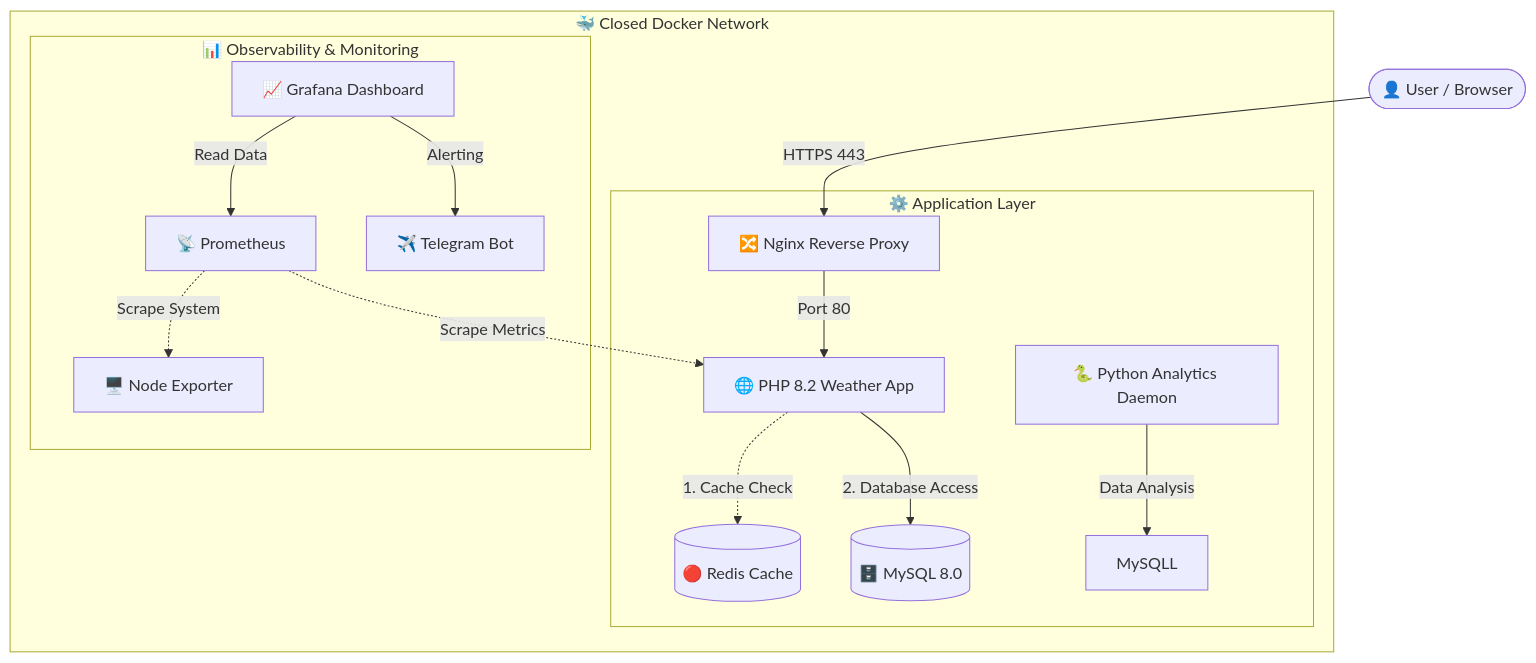
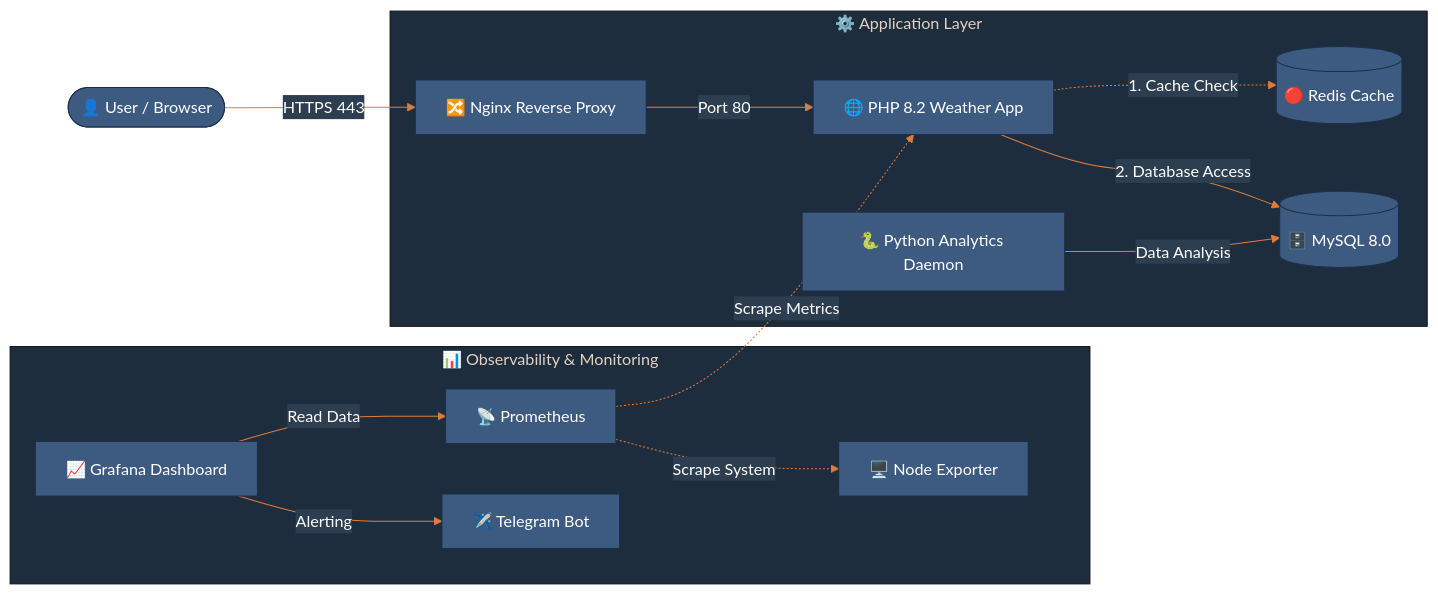
One commit to Ambrus1996/Vremenska-Prognoza changed the diagram in README.md. Above: the diagram before and after it, drawn with Mermaid.

Commit message:
Fixing mermaid on README.md

````diff
--- a/README.md
+++ b/README.md
@@ -19,22 +19,20 @@
 ```mermaid
-graph TD
-    Client([👤 User / Browser]) -->|HTTPS 443| Nginx[🔀 Nginx Reverse Proxy]
+%%{init: {'theme': 'base', 'themeVariables': {'primaryColor': '#3d5a80', 'primaryTextColor': '#ffffff', 'primaryBorderColor': '#1a2f4a', 'lineColor': '#e07b39', 'secondaryColor': '#2c3e50', 'tertiaryColor': '#1e2d3d'}}}%%
+graph LR
+    Client([👤 User / Browser]) -->|HTTPS 443| Nginx
 
-    subgraph Docker["🐳 Closed Docker Network"]
+    subgraph Monitoring["📊 Observability & Monitoring"]
+        Grafana[📈 Grafana Dashboard] -->|Read Data| Prometheus[📡 Prometheus]
+        Grafana -->|Alerting| Telegram[✈️ Telegram Bot]
+        Prometheus -.->|Scrape System| NodeExporter[🖥️ Node Exporter]
+    end
 
-        subgraph App["⚙️ Application Layer"]
-            Nginx -->|Port 80| PHPApp[🌐 PHP 8.2 Weather App]
-            PHPApp -.->|1. Cache Check| Redis[(🔴 Redis Cache)]
-            PHPApp -->|2. Database Access| MySQL[(🗄️ MySQL 8.0)]
-            PythonWorker[🐍 Python Analytics Daemon] -->|Data Analysis| MySQLL
-        end
+    subgraph App["⚙️ Application Layer"]
+        Nginx[🔀 Nginx Reverse Proxy] -->|Port 80| PHPApp[🌐 PHP 8.2 Weather App]
+        PHPApp -.->|1. Cache Check| Redis[(🔴 Redis Cache)]
+        PHPApp -->|2. Database Access| MySQL[(🗄️ MySQL 8.0)]
+        PythonWorker[🐍 Python Analytics Daemon] -->|Data Analysis| MySQL
+    end
 
-        subgraph Monitoring["📊 Observability & Monitoring"]
-            Prometheus[📡 Prometheus] -.->|Scrape Metrics| PHPApp
-            Prometheus -.->|Scrape System| NodeExporter[🖥️ Node Exporter]
-            Grafana[📈 Grafana Dashboard] -->|Read Data| Prometheus
-            Grafana -->|Alerting| Telegram[✈️ Telegram Bot]
-        end
-
-    end
+    Prometheus -.->|Scrape Metrics| PHPApp
 ```
````
